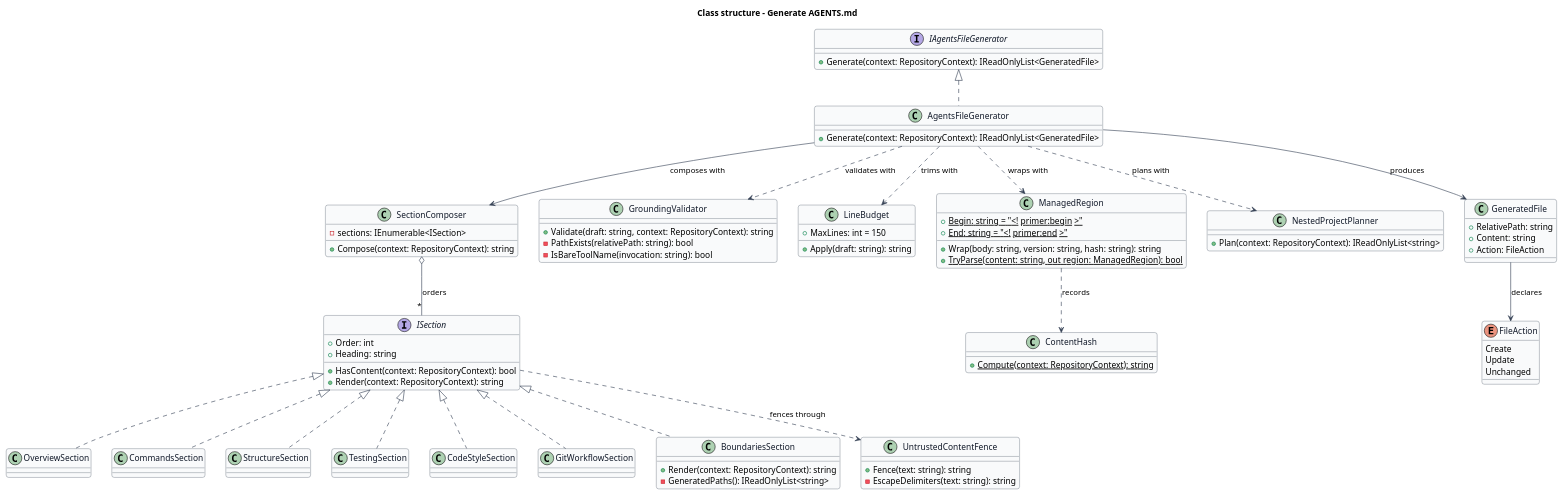
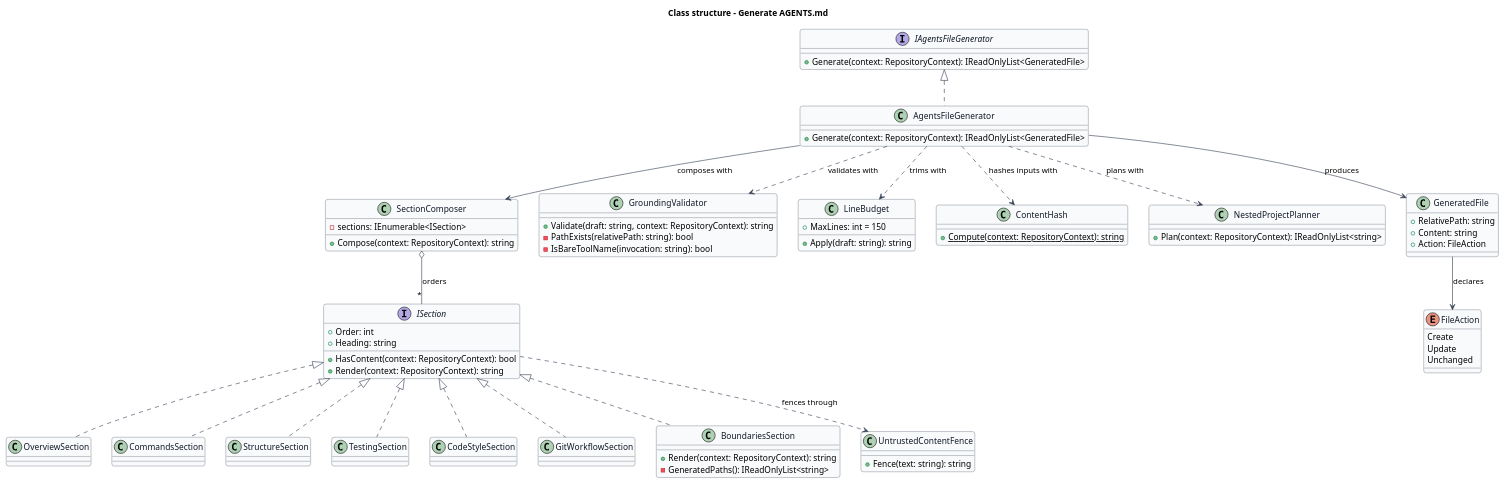
The diagram in docs/detailed-designs/agent-file-generation/generate-agents-md/diagrams/class-structure.puml (QuinntyneBrown/primer), drawn with PlantUML before and after one commit. The commit also changed 53 other files, not shown here.

```diff
--- a/docs/detailed-designs/agent-file-generation/generate-agents-md/diagrams/class-structure.puml
+++ b/docs/detailed-designs/agent-file-generation/generate-agents-md/diagrams/class-structure.puml
@@ -1,109 +1,100 @@
 @startuml
 ' --- shared skin header ---
 skinparam backgroundColor #FFFFFF
 skinparam shadowing false
 skinparam roundcorner 8
 skinparam defaultFontName Arial
 skinparam ArrowColor #344054
 skinparam class {
   BorderColor #344054
   FontColor #101828
   BackgroundColor #F9FAFB
 }
 ' --------------------------
 title Class structure - Generate AGENTS.md
 
 interface IAgentsFileGenerator {
   +Generate(context: RepositoryContext): IReadOnlyList<GeneratedFile>
 }
 
 class AgentsFileGenerator {
   +Generate(context: RepositoryContext): IReadOnlyList<GeneratedFile>
 }
 
 interface ISection {
   +Order: int
   +Heading: string
   +HasContent(context: RepositoryContext): bool
   +Render(context: RepositoryContext): string
 }
 
 class OverviewSection
 class CommandsSection
 class StructureSection
 class TestingSection
 class CodeStyleSection
 class GitWorkflowSection
 class BoundariesSection {
   +Render(context: RepositoryContext): string
   -GeneratedPaths(): IReadOnlyList<string>
 }
 
 class SectionComposer {
   -sections: IEnumerable<ISection>
   +Compose(context: RepositoryContext): string
 }
 
 class GroundingValidator {
   +Validate(draft: string, context: RepositoryContext): string
   -PathExists(relativePath: string): bool
   -IsBareToolName(invocation: string): bool
 }
 
 class UntrustedContentFence {
   +Fence(text: string): string
-  -EscapeDelimiters(text: string): string
 }
 
 class LineBudget {
   +MaxLines: int = 150
   +Apply(draft: string): string
-}
-
-class ManagedRegion {
-  +{static} Begin: string = "<!-- primer:begin -->"
-  +{static} End: string = "<!-- primer:end -->"
-  +Wrap(body: string, version: string, hash: string): string
-  +{static} TryParse(content: string, out region: ManagedRegion): bool
 }
 
 class ContentHash {
   +{static} Compute(context: RepositoryContext): string
 }
 
 class NestedProjectPlanner {
   +Plan(context: RepositoryContext): IReadOnlyList<string>
 }
 
 class GeneratedFile {
   +RelativePath: string
   +Content: string
   +Action: FileAction
 }
 
 enum FileAction {
   Create
   Update
   Unchanged
 }
 
 IAgentsFileGenerator <|.. AgentsFileGenerator
 ISection <|.. OverviewSection
 ISection <|.. CommandsSection
 ISection <|.. StructureSection
 ISection <|.. TestingSection
 ISection <|.. CodeStyleSection
 ISection <|.. GitWorkflowSection
 ISection <|.. BoundariesSection
 
 AgentsFileGenerator --> SectionComposer : composes with
 AgentsFileGenerator ..> GroundingValidator : validates with
 AgentsFileGenerator ..> LineBudget : trims with
-AgentsFileGenerator ..> ManagedRegion : wraps with
+AgentsFileGenerator ..> ContentHash : hashes inputs with
 AgentsFileGenerator ..> NestedProjectPlanner : plans with
 AgentsFileGenerator --> GeneratedFile : produces
 SectionComposer o-- "*" ISection : orders
 ISection ..> UntrustedContentFence : fences through
-ManagedRegion ..> ContentHash : records
 GeneratedFile --> FileAction : declares
 @enduml
```
